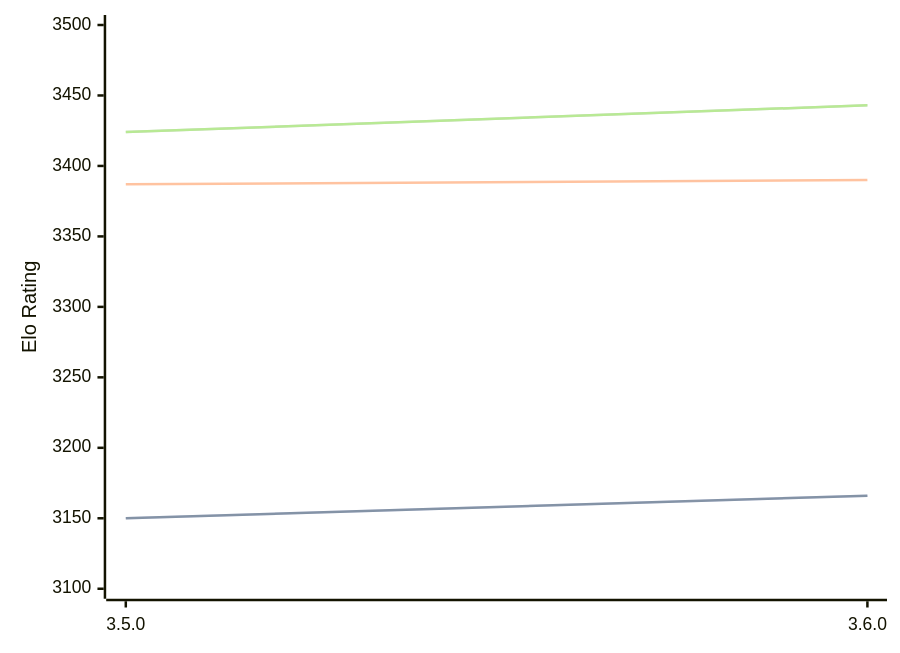
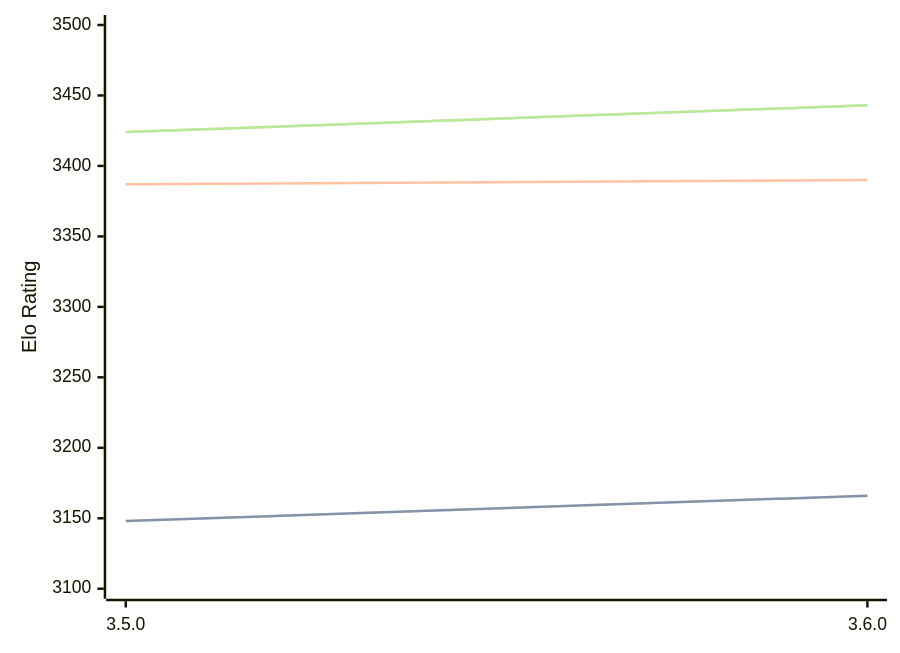
Before and after one commit to computer-chess-index/cci: the third of 3 diagrams in engines/Igel.md, drawn with Mermaid. The commit also changed other lines of this file, not shown here.

````diff
--- a/engines/Igel.md
+++ b/engines/Igel.md
@@ -101,11 +101,11 @@
 ```mermaid
 %%{init: {"theme":"base","themeVariables":{"seriesColors:['#a3a3a3','#222221','#faa371']}}}%%
 xychart-beta
   x-axis ["3.5.0", "3.6.0"]
   y-axis "Elo Rating" 3100 --> 3500
-  line "STC (8.0+0.08s)" [3150, 3166]
-  line "STC (8.0+0.08s)" [3150, 3166]
+  line "STC (8.0+0.08s)" [3148, 3166]
+  line "STC (8.0+0.08s)" [3148, 3166]
   line "LTC (60.0+0.60s)" [3387, 3390]
   line "VLTC (2m24s+1.12s)" [3424, 3443]
   line "VLTC (2m24s+1.12s)" [3424, 3443]
 ```
````
